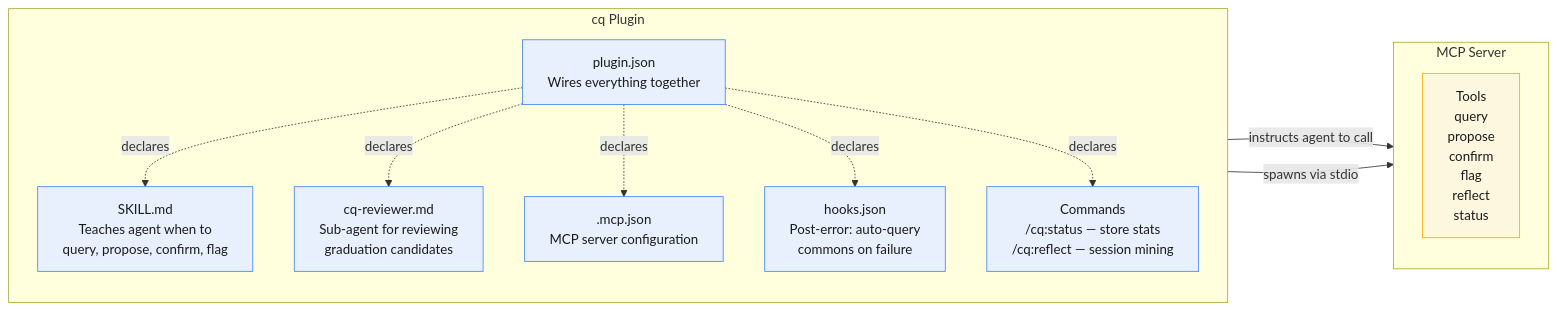
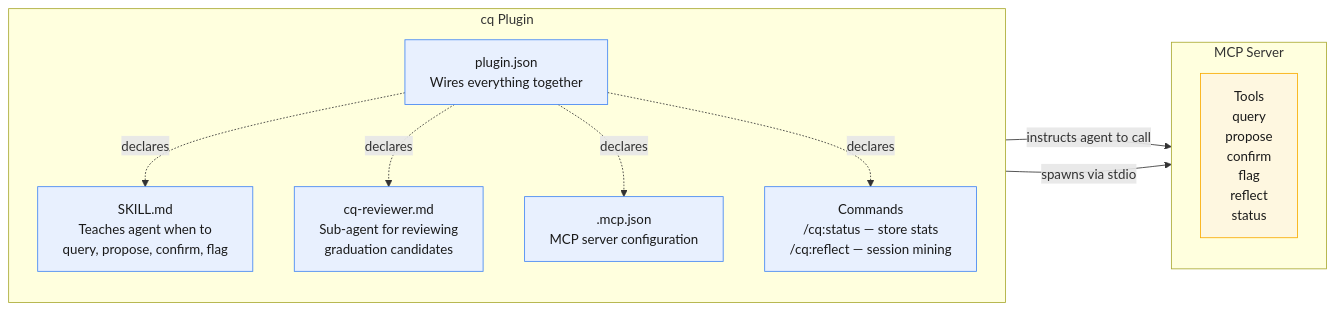
One commit to mozilla-ai/cq changed the seventh of 8 diagrams in docs/architecture.md. Above: the diagram before and after it, drawn with Mermaid. The commit also changed other lines of this file and 2 other files, not shown here.

First line of the commit message:
docs: document SDK store protocol/interface and remove stale hooks references

````diff
--- a/docs/architecture.md
+++ b/docs/architecture.md
@@ -351,31 +350,29 @@
 ```mermaid
 flowchart LR
     subgraph plugin["cq Plugin"]
         direction TB
         manifest["plugin.json\nWires everything together"]
         skill["SKILL.md\nTeaches agent when to\nquery, propose, confirm, flag"]
         reviewer["cq-reviewer.md\nSub-agent for reviewing\ngraduation candidates"]
         mcp_cfg[".mcp.json\nMCP server configuration"]
-        hooks["hooks.json\nPost-error: auto-query\ncommons on failure"]
         commands["Commands\n/cq:status — store stats\n/cq:reflect — session mining"]
     end
 
     subgraph server["MCP Server"]
         direction TB
         tools["Tools\nquery\npropose\nconfirm\nflag\nreflect\nstatus"]
     end
 
     manifest -.->|"declares"| skill
     manifest -.->|"declares"| reviewer
     manifest -.->|"declares"| mcp_cfg
-    manifest -.->|"declares"| hooks
     manifest -.->|"declares"| commands
     mcp_cfg -->|"spawns via stdio"| server
     skill -->|"instructs agent to call"| tools
 
     classDef pluginStyle fill:#e8f0fe,stroke:#4285f4,color:#1a1a1a
     classDef serverStyle fill:#fef7e0,stroke:#f9ab00,color:#1a1a1a
 
-    class manifest,skill,reviewer,mcp_cfg,hooks,commands pluginStyle
+    class manifest,skill,reviewer,mcp_cfg,commands pluginStyle
     class tools serverStyle
 ```
````
